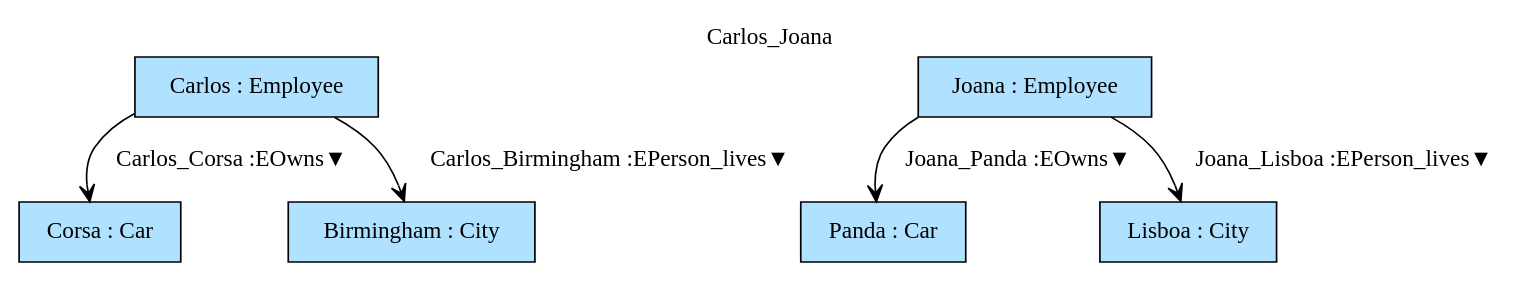
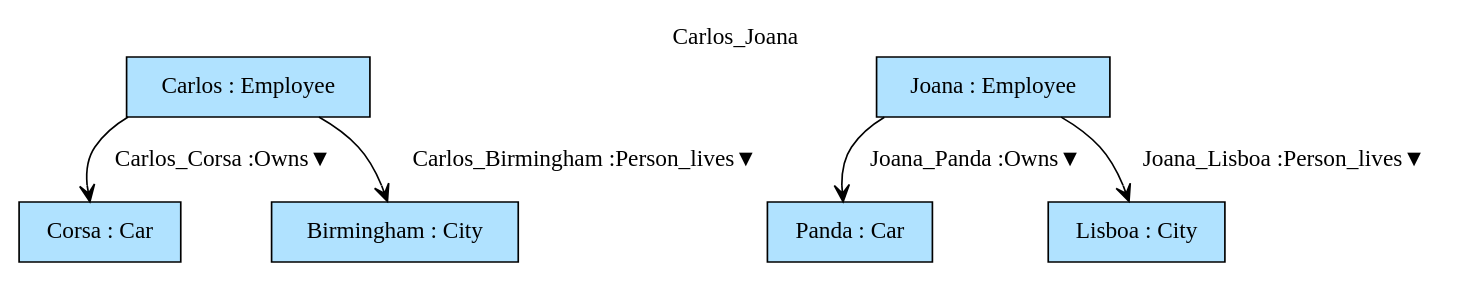
One commit to namalio/Fragmenta changed the diagram in Haskell/FragmentaTests/PersonVehicle/img/Carlos_Joana.gv. Above: the diagram before and after it, drawn with Graphviz. The commit also changed 32 other files, not shown here.

```diff
--- a/Haskell/FragmentaTests/PersonVehicle/img/Carlos_Joana.gv
+++ b/Haskell/FragmentaTests/PersonVehicle/img/Carlos_Joana.gv
@@ -1,13 +1,13 @@
 digraph {graph[label=Carlos_Joana,labelloc=tl,labelfontsize=12];
-"Carlos"[shape=box,fillcolor=lightskyblue1,style = filled,label="Carlos : Employee"];
-"Joana"[shape=box,fillcolor=lightskyblue1,style = filled,label="Joana : Employee"];
 "Corsa"[shape=box,fillcolor=lightskyblue1,style = filled,label="Corsa : Car"];
 "Panda"[shape=box,fillcolor=lightskyblue1,style = filled,label="Panda : Car"];
+"Joana"[shape=box,fillcolor=lightskyblue1,style = filled,label="Joana : Employee"];
 "Lisboa"[shape=box,fillcolor=lightskyblue1,style = filled,label="Lisboa : City"];
+"Carlos"[shape=box,fillcolor=lightskyblue1,style = filled,label="Carlos : Employee"];
 "Birmingham"[shape=box,fillcolor=lightskyblue1,style = filled,label="Birmingham : City"];
 
-"Carlos"->"Corsa"[label="Carlos_Corsa :EOwns▼",arrowhead=vee];
-"Joana"->"Panda"[label="Joana_Panda :EOwns▼",arrowhead=vee];
-"Joana"->"Lisboa"[label="Joana_Lisboa :EPerson_lives▼",arrowhead=vee];
-"Carlos"->"Birmingham"[label="Carlos_Birmingham :EPerson_lives▼",arrowhead=vee];
+"Carlos"->"Corsa"[label="Carlos_Corsa :Owns▼",arrowhead=vee];
+"Joana"->"Panda"[label="Joana_Panda :Owns▼",arrowhead=vee];
+"Joana"->"Lisboa"[label="Joana_Lisboa :Person_lives▼",arrowhead=vee];
+"Carlos"->"Birmingham"[label="Carlos_Birmingham :Person_lives▼",arrowhead=vee];
 }
```
